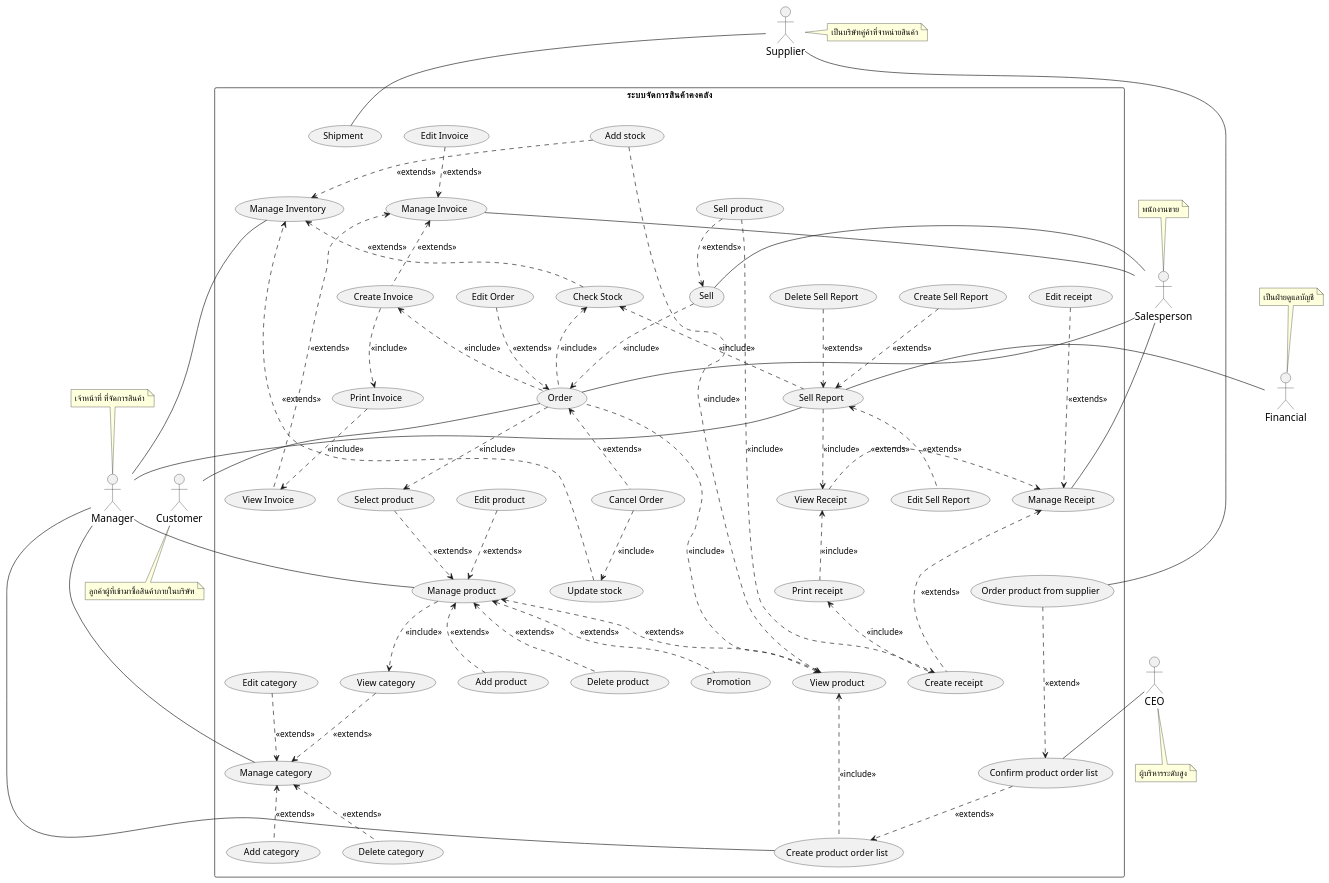
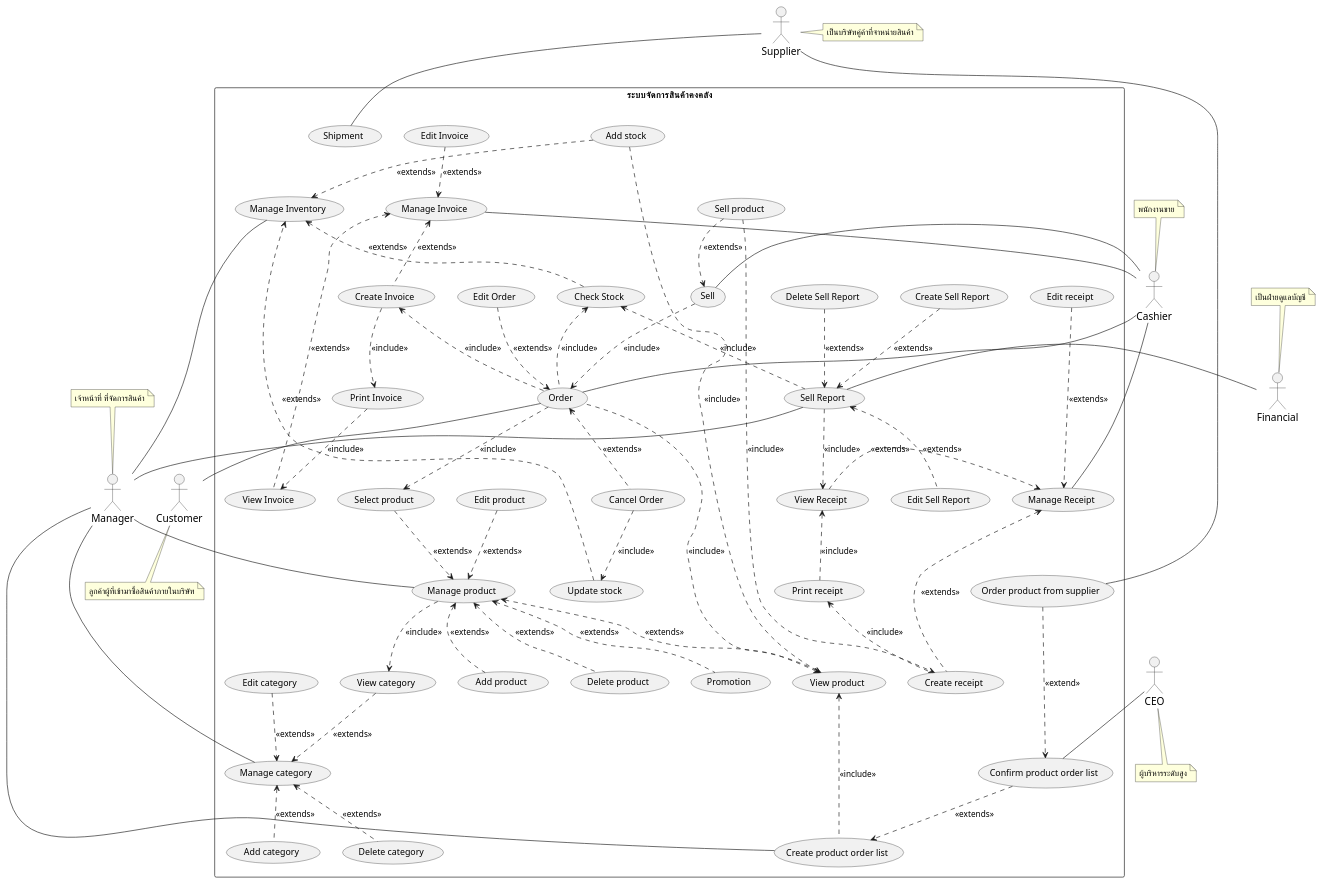
Before and after one commit to billowdev/inventory-system-plantuml-sequelize-seeder-example: the diagram in system-analysis/usecase/_0_usecase-diagram.puml, drawn with PlantUML. The commit also changed 24 other files, not shown here.

Commit message:
refactor usecase and sequence

```diff
--- a/system-analysis/usecase/_0_usecase-diagram.puml
+++ b/system-analysis/usecase/_0_usecase-diagram.puml
@@ -41,8 +41,8 @@
 actor Financial as actorFinancial
 note top of actorFinancial : เป็นฝ่ายดูแลบัญชี
 
-actor Salesperson as actorSalesperson
-note top of actorSalesperson : พนักงานขาย
+actor Cashier as actorCashier
+note top of actorCashier : พนักงานขาย
 
 actor CEO as actorCEO
 note bottom of actorCEO : ผู้บริหารระดับสูง
@@ -162,7 +162,7 @@
     (usecaseSell)  ..> (usecaseOrder) : <<include>>
 
     '   ความสัมพันธ์ระหว่าง actor และ usecase ในส่วนของการขาย
-    actorSalesperson - (usecaseSell)
+    actorCashier - (usecaseSell)
 
     '   การลงรับสินค้า เป็นส่วนหนึ่งของกระบวนการสั่งซื้อสินค้า
     (usecaseOrder) ..> (usecaseSelectProduct) : <<include>>
@@ -179,7 +179,7 @@
     (usecaseCreateInvoice) <.. (usecaseOrder) : <<include>>
 
     ' ===  ความสัมพันธ์ระหว่าง actor และ usecase ในส่วนของการสั่งซื้อสินค้า ===
-    actorSalesperson -- (usecaseOrder)
+    actorCashier -- (usecaseOrder)
     (usecaseOrder) -- actorCustomer
 
     ' ================ Invoice ================
@@ -190,7 +190,7 @@
     (usecaseCreateInvoice) ..> (usecasePrintInvoice) : <<include>>
     (usecasePrintInvoice) ..> (usecaseViewInvoice) : <<include>>
 
-     (usecaseInvoice) -- actorSalesperson
+     (usecaseInvoice) -- actorCashier
 
     ' ================ Receipt ================
     (usecaseCreateReceipt) .up.> (usecaseReceipt) : <<extends>>
@@ -199,7 +199,7 @@
     (usecaseCreateReceipt) .up.> (usecasePrintReceipt) : <<include>>
     (usecaseViewReceipt)  <..   (usecasePrintReceipt): <<include>>
 
-    (usecaseReceipt) -- actorSalesperson
+    (usecaseReceipt) -- actorCashier
 
     ' ===  ความสัมพันธ์ระหว่าง actor และ usecase ในส่วนของการสออกรายงาน ===
     actorManager -- (usecaseSellReport)
```
